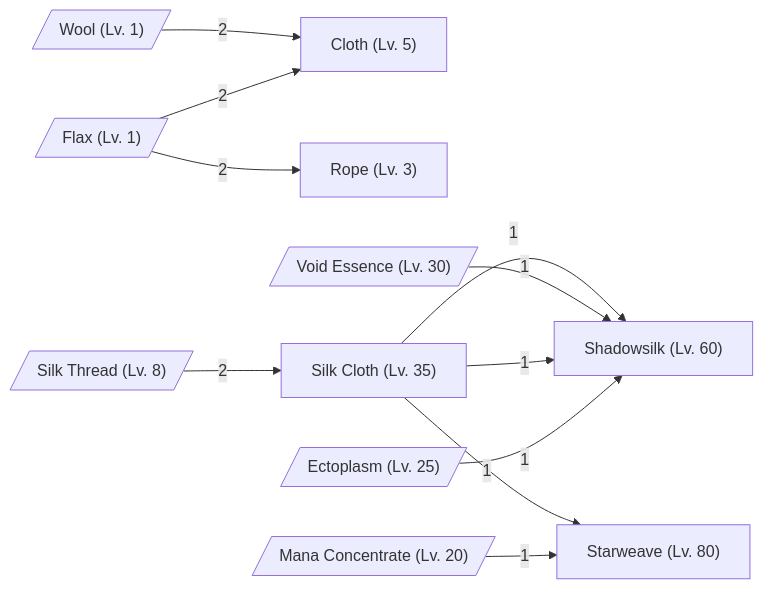
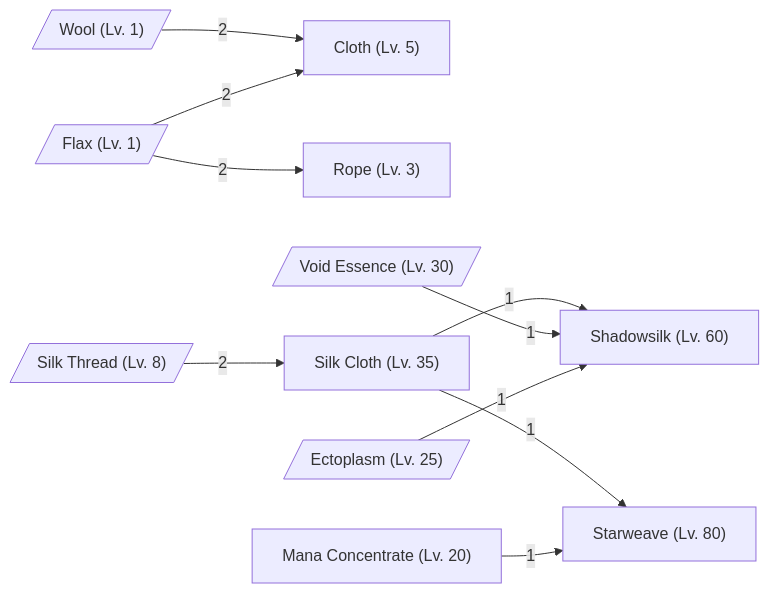
The fifth of 12 diagrams in content/docs/mechanics/items-crafting/crafting-chains-generated.md (tfelix/bestia-docs), drawn with Mermaid before and after one commit. The commit also changed other lines of this file, not shown here.

````diff
--- a/content/docs/mechanics/items-crafting/crafting-chains-generated.md
+++ b/content/docs/mechanics/items-crafting/crafting-chains-generated.md
@@ -604,24 +639,23 @@
 ```mermaid
 graph LR
     cloth["Cloth (Lv. 5)"]
     wool[/"Wool (Lv. 1)"/]
     wool -->|2| cloth
     flax[/"Flax (Lv. 1)"/]
     flax -->|2| cloth
     rope["Rope (Lv. 3)"]
     flax -->|2| rope
     silk_cloth["Silk Cloth (Lv. 35)"]
     silk_thread[/"Silk Thread (Lv. 8)"/]
     silk_thread -->|2| silk_cloth
     shadowsilk["Shadowsilk (Lv. 60)"]
     silk_cloth -->|1| shadowsilk
     void_essence[/"Void Essence (Lv. 30)"/]
     void_essence -->|1| shadowsilk
-    silk_cloth -->|1| shadowsilk
     ectoplasm[/"Ectoplasm (Lv. 25)"/]
     ectoplasm -->|1| shadowsilk
     starweave["Starweave (Lv. 80)"]
     silk_cloth -->|1| starweave
-    mana_concentrate[/"Mana Concentrate (Lv. 20)"/]
+    mana_concentrate["Mana Concentrate (Lv. 20)"]
     mana_concentrate -->|1| starweave
 ```
````
